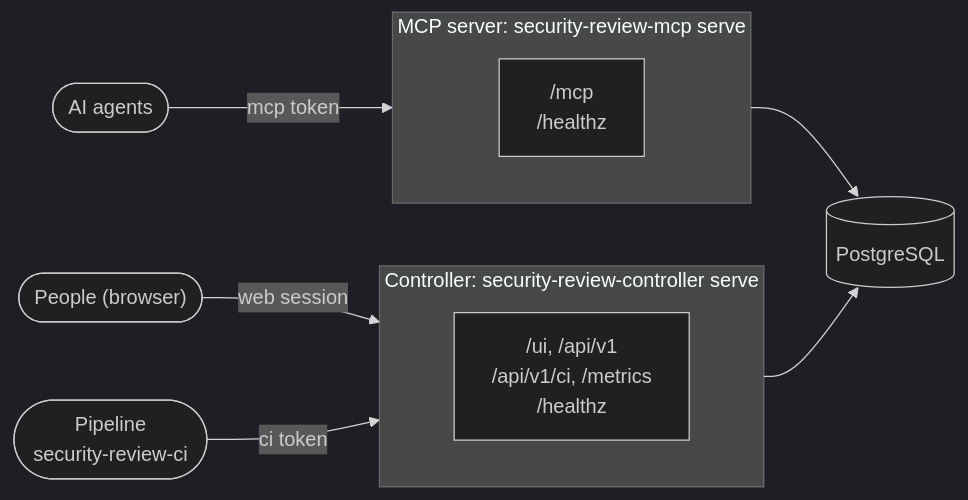
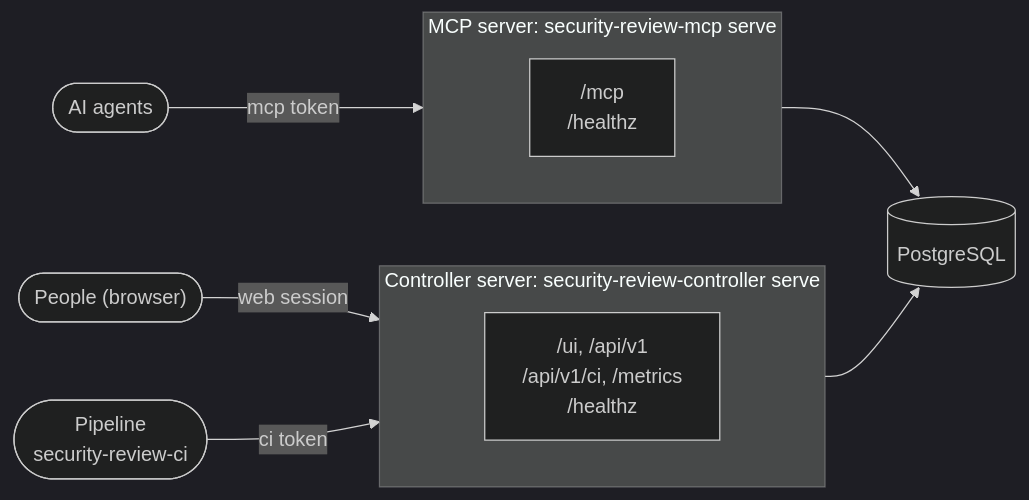
Before and after one commit to cyr-ius/security-review: the diagram in docs/advanced/architecture/index.md, drawn with Mermaid (dark theme). The commit also changed other lines of this file and 111 other files, not shown here.

First line of the commit message:
docs: name the controller "Controller server" everywhere

````diff
--- a/docs/advanced/architecture/index.md
+++ b/docs/advanced/architecture/index.md
@@ -7,14 +7,14 @@
 ```mermaid
 flowchart LR
     agents(["AI agents"]) -- "mcp token" --> mcp
     people(["People (browser)"]) -- "web session" --> ctl
     ci(["Pipeline<br/>security-review-ci"]) -- "ci token" --> ctl
     subgraph mcp["MCP server: security-review-mcp serve"]
         mcpr["/mcp<br/>/healthz"]
     end
-    subgraph ctl["Controller: security-review-controller serve"]
+    subgraph ctl["Controller server: security-review-controller serve"]
         ctlr["/ui, /api/v1<br/>/api/v1/ci, /metrics<br/>/healthz"]
     end
     mcp --> db[("PostgreSQL")]
     ctl --> db
 ```
````
